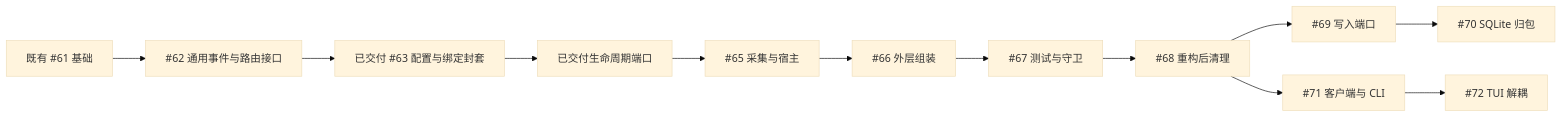
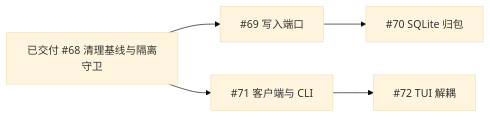
The second of 2 diagrams in docs/roadmap/execution-map.md (erranliu/SteerLine), drawn with Mermaid (base theme) before and after one commit. The commit also changed other lines of this file and 2 other files, not shown here.

Commit message:
docs: remove completed decoupling tasks from roadmaps

````diff
--- a/docs/roadmap/execution-map.md
+++ b/docs/roadmap/execution-map.md
@@ -86,12 +84,5 @@
 ```mermaid
 flowchart LR
-    Foundation["既有 #61 基础"] --> E62["#62 通用事件与路由接口"]
-    E62 --> C63["已交付 #63 配置与绑定封套"]
-    C63 --> C64["已交付生命周期端口"]
-    C64 --> C65["#65 采集与宿主"]
-    C65 --> C66["#66 外层组装"]
-    C66 --> C67["#67 测试与守卫"]
-    C67 --> C68["#68 重构后清理"]
-    C68 --> S69["#69 写入端口"] --> S70["#70 SQLite 归包"]
-    C68 --> P71["#71 客户端与 CLI"] --> P72["#72 TUI 解耦"]
+    Foundation["已交付 #68 清理基线与隔离守卫"] --> S69["#69 写入端口"] --> S70["#70 SQLite 归包"]
+    Foundation --> P71["#71 客户端与 CLI"] --> P72["#72 TUI 解耦"]
 ```
````
